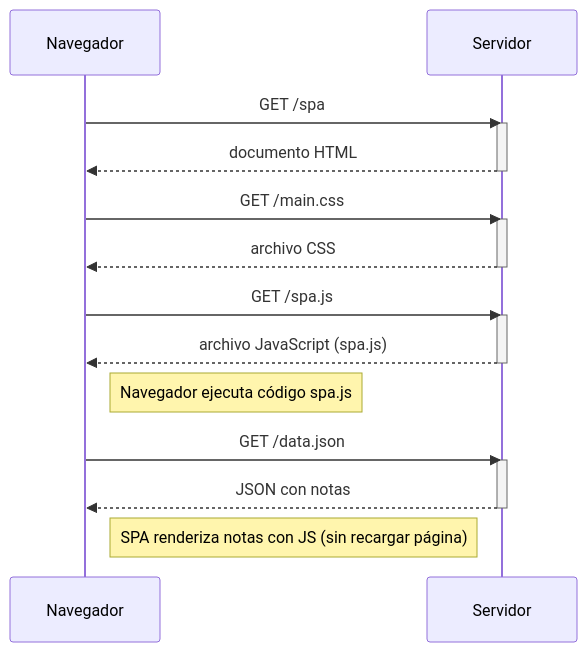
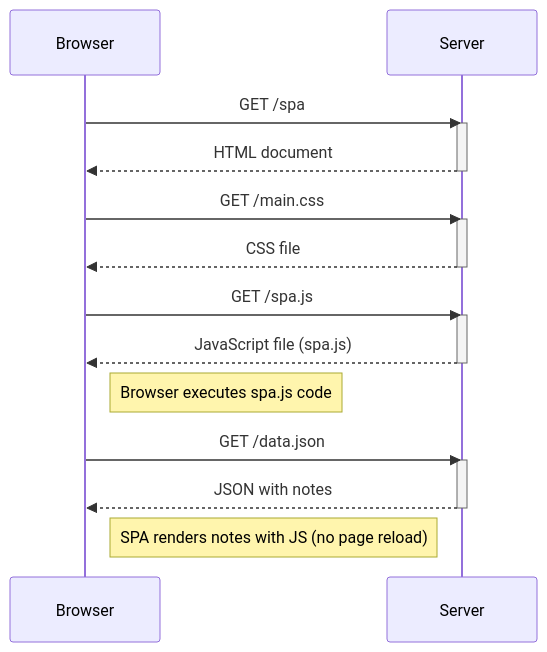
One commit to brujo-rojas/fullstackopen-open changed the diagram in part0/0.5-spa.mmd. Above: the diagram before and after it, drawn with Mermaid. The commit also changed 2 other files, not shown here.

Commit message:
fix(part0): translate diagrams to english

```diff
--- a/part0/0.5-spa.mmd
+++ b/part0/0.5-spa.mmd
@@ -1,26 +1,26 @@
 sequenceDiagram
-    participant Navegador
-    participant Servidor
+    participant Browser
+    participant Server
 
-    Navegador->>Servidor: GET /spa
-    activate Servidor
-    Servidor-->>Navegador: documento HTML
-    deactivate Servidor
+    Browser->>Server: GET /spa
+    activate Server
+    Server-->>Browser: HTML document
+    deactivate Server
 
-    Navegador->>Servidor: GET /main.css
-    activate Servidor
-    Servidor-->>Navegador: archivo CSS
-    deactivate Servidor
+    Browser->>Server: GET /main.css
+    activate Server
+    Server-->>Browser: CSS file
+    deactivate Server
 
-    Navegador->>Servidor: GET /spa.js
-    activate Servidor
-    Servidor-->>Navegador: archivo JavaScript (spa.js)
-    deactivate Servidor
+    Browser->>Server: GET /spa.js
+    activate Server
+    Server-->>Browser: JavaScript file (spa.js)
+    deactivate Server
 
-    Note right of Navegador: Navegador ejecuta código spa.js
-    Navegador->>Servidor: GET /data.json
-    activate Servidor
-    Servidor-->>Navegador: JSON con notas
-    deactivate Servidor
+    Note right of Browser: Browser executes spa.js code
+    Browser->>Server: GET /data.json
+    activate Server
+    Server-->>Browser: JSON with notes
+    deactivate Server
 
-    Note right of Navegador: SPA renderiza notas con JS (sin recargar página)
+    Note right of Browser: SPA renders notes with JS (no page reload)
```
